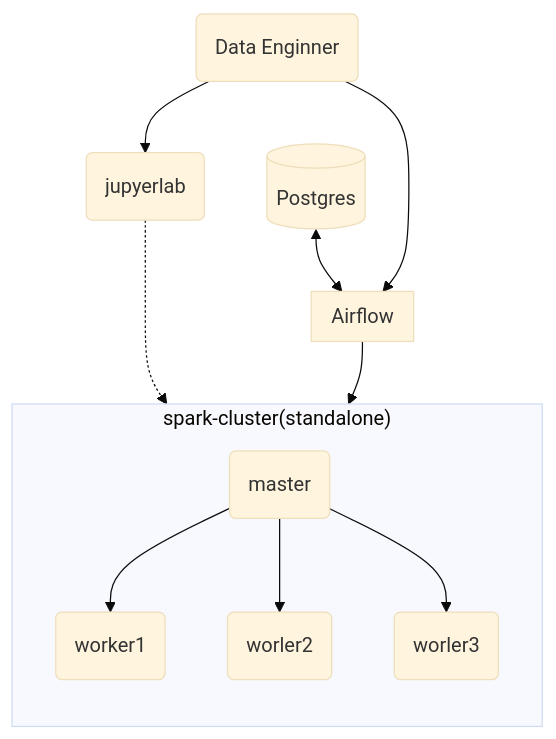
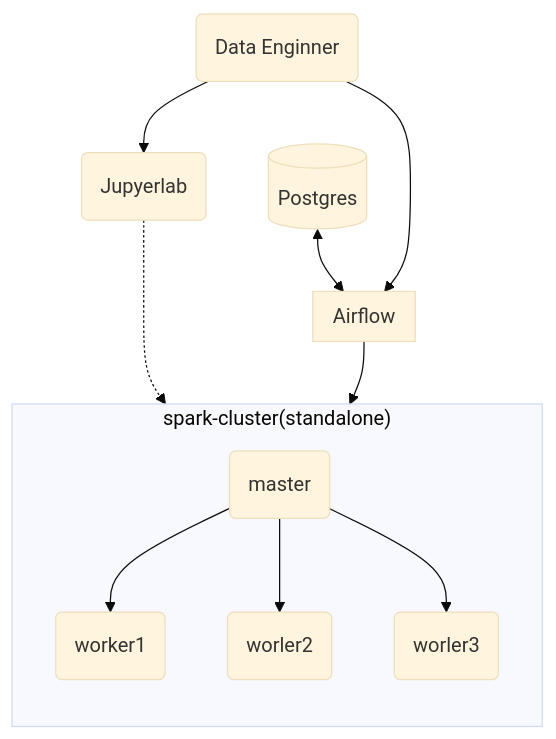
The diagram in README.md (karevin07/docker-data-ETL), drawn with Mermaid (base theme) before and after one commit. The commit also changed other lines of this file, not shown here.

````diff
--- a/README.md
+++ b/README.md
@@ -8,39 +8,40 @@
 ```mermaid
 flowchart
 
     user("Data Enginner")
+    
     
     master("master")
     worker1("worker1")
     worker2("worler2")
     worker3("worler3")
     
     db[("Postgres")]
-    notebook("jupyerlab")
+    notebook("Jupyerlab")
     
     user
 
     subgraph spark-cluster["spark-cluster(standalone)"]
     
         direction TB
         master --> worker1 
         master --> worker2 
         master --> worker3
 
     end
     
     subgraph airflow ["Airflow"]
     
         
     
     end
     
     db <--> airflow
     
     user --> airflow
     user --> notebook
     
     notebook -..-> spark-cluster
     airflow--> spark-cluster
     
 ```
````
